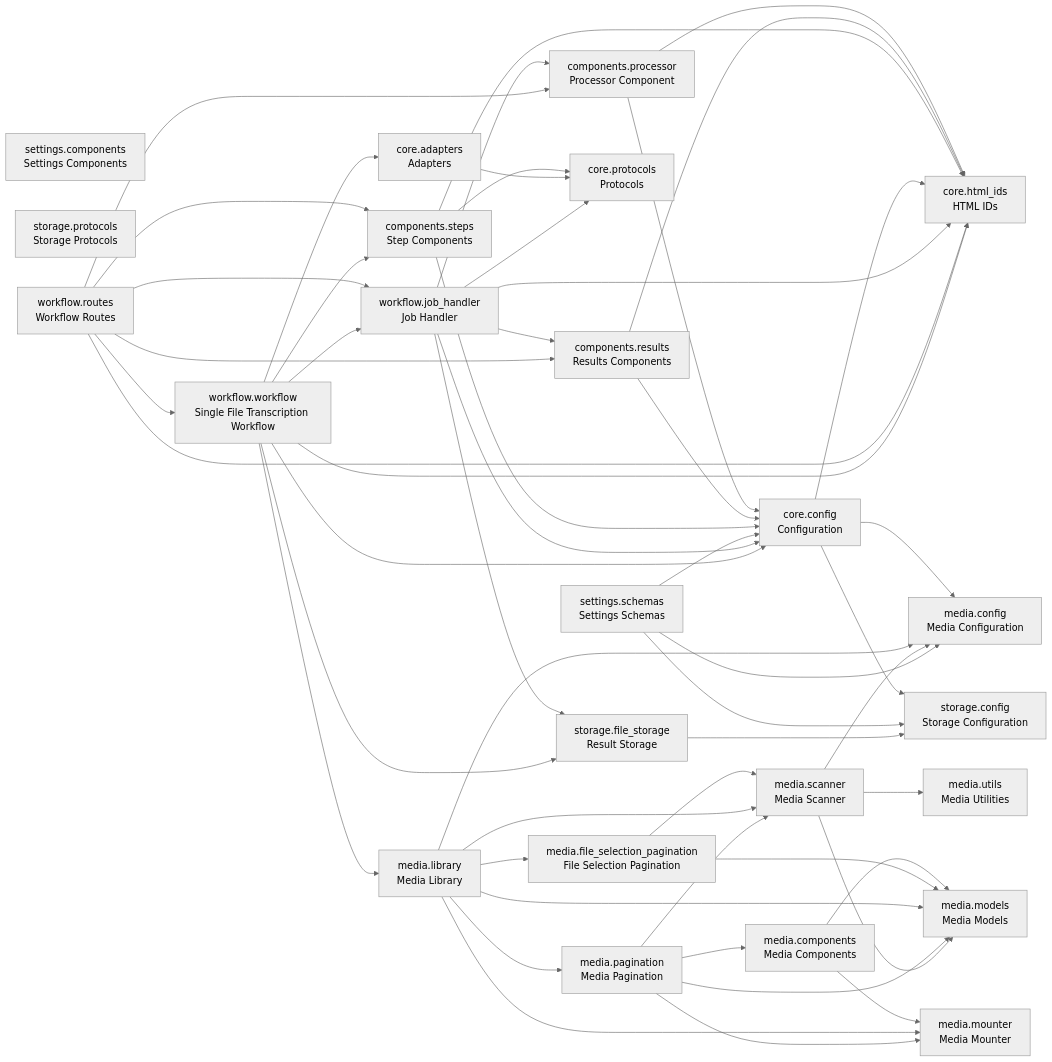
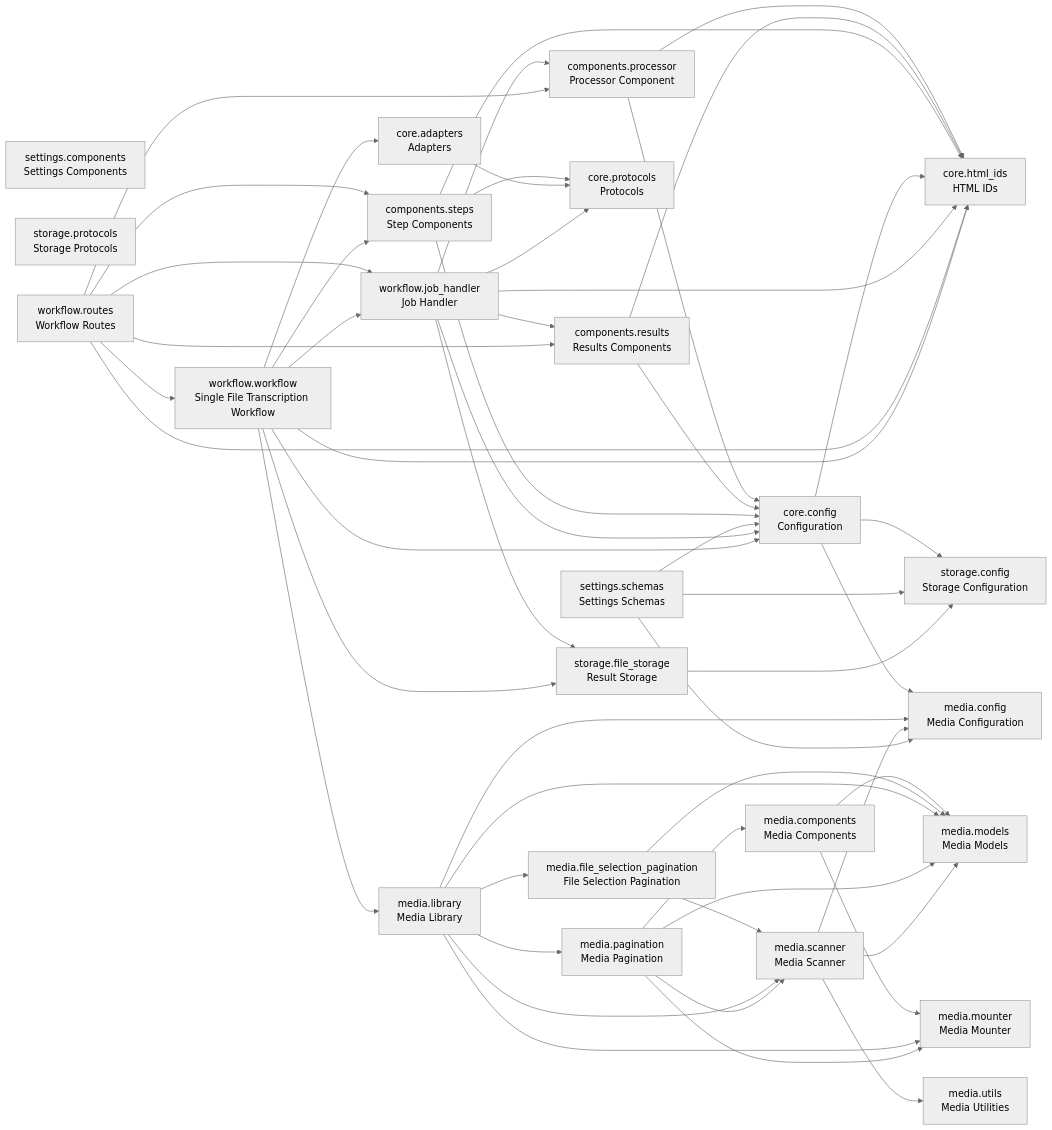
The diagram in README.md (cj-mills/cjm-fasthtml-workflow-transcription-single-file), drawn with Mermaid (neutral theme) before and after one commit. The commit also changed other lines of this file and 4 other files, not shown here.

Commit message:
Convert WORKFLOW_SETTINGS_SCHEMA to be auto-generated from a WorkflowSettings dataclass.

````diff
--- a/README.md
+++ b/README.md
@@ -50,79 +50,79 @@
 ``` mermaid
 graph LR
     components_processor[components.processor<br/>Processor Component]
     components_results[components.results<br/>Results Components]
     components_steps[components.steps<br/>Step Components]
     core_adapters[core.adapters<br/>Adapters]
     core_config[core.config<br/>Configuration]
     core_html_ids[core.html_ids<br/>HTML IDs]
     core_protocols[core.protocols<br/>Protocols]
     media_components[media.components<br/>Media Components]
     media_config[media.config<br/>Media Configuration]
     media_file_selection_pagination[media.file_selection_pagination<br/>File Selection Pagination]
     media_library[media.library<br/>Media Library]
     media_models[media.models<br/>Media Models]
     media_mounter[media.mounter<br/>Media Mounter]
     media_pagination[media.pagination<br/>Media Pagination]
     media_scanner[media.scanner<br/>Media Scanner]
     media_utils[media.utils<br/>Media Utilities]
     settings_components[settings.components<br/>Settings Components]
     settings_schemas[settings.schemas<br/>Settings Schemas]
     storage_config[storage.config<br/>Storage Configuration]
     storage_file_storage[storage.file_storage<br/>Result Storage]
     storage_protocols[storage.protocols<br/>Storage Protocols]
     workflow_job_handler[workflow.job_handler<br/>Job Handler]
     workflow_routes[workflow.routes<br/>Workflow Routes]
     workflow_workflow[workflow.workflow<br/>Single File Transcription Workflow]
 
+    components_processor --> core_html_ids
     components_processor --> core_config
-    components_processor --> core_html_ids
+    components_results --> core_html_ids
     components_results --> core_config
-    components_results --> core_html_ids
     components_steps --> core_protocols
+    components_steps --> core_html_ids
     components_steps --> core_config
-    components_steps --> core_html_ids
     core_adapters --> core_protocols
+    core_config --> storage_config
+    core_config --> media_config
     core_config --> core_html_ids
-    core_config --> media_config
-    core_config --> storage_config
+    media_components --> media_models
     media_components --> media_mounter
-    media_components --> media_models
+    media_file_selection_pagination --> media_scanner
     media_file_selection_pagination --> media_models
-    media_file_selection_pagination --> media_scanner
-    media_library --> media_scanner
     media_library --> media_config
     media_library --> media_models
+    media_library --> media_mounter
+    media_library --> media_pagination
     media_library --> media_file_selection_pagination
-    media_library --> media_pagination
-    media_library --> media_mounter
+    media_library --> media_scanner
+    media_pagination --> media_components
+    media_pagination --> media_scanner
+    media_pagination --> media_models
     media_pagination --> media_mounter
-    media_pagination --> media_components
-    media_pagination --> media_models
-    media_pagination --> media_scanner
     media_scanner --> media_utils
     media_scanner --> media_config
     media_scanner --> media_models
-    settings_schemas --> core_config
     settings_schemas --> media_config
     settings_schemas --> storage_config
+    settings_schemas --> core_config
     storage_file_storage --> storage_config
+    workflow_job_handler --> components_results
+    workflow_job_handler --> core_config
     workflow_job_handler --> core_protocols
+    workflow_job_handler --> storage_file_storage
     workflow_job_handler --> core_html_ids
     workflow_job_handler --> components_processor
-    workflow_job_handler --> components_results
-    workflow_job_handler --> core_config
-    workflow_job_handler --> storage_file_storage
+    workflow_routes --> components_results
+    workflow_routes --> components_steps
+    workflow_routes --> workflow_job_handler
+    workflow_routes --> workflow_workflow
     workflow_routes --> core_html_ids
     workflow_routes --> components_processor
-    workflow_routes --> workflow_workflow
-    workflow_routes --> components_steps
-    workflow_routes --> components_results
-    workflow_routes --> workflow_job_handler
+    workflow_workflow --> components_steps
     workflow_workflow --> storage_file_storage
+    workflow_workflow --> core_html_ids
+    workflow_workflow --> workflow_job_handler
     workflow_workflow --> media_library
-    workflow_workflow --> workflow_job_handler
-    workflow_workflow --> components_steps
     workflow_workflow --> core_config
-    workflow_workflow --> core_html_ids
     workflow_workflow --> core_adapters
 ```
````
